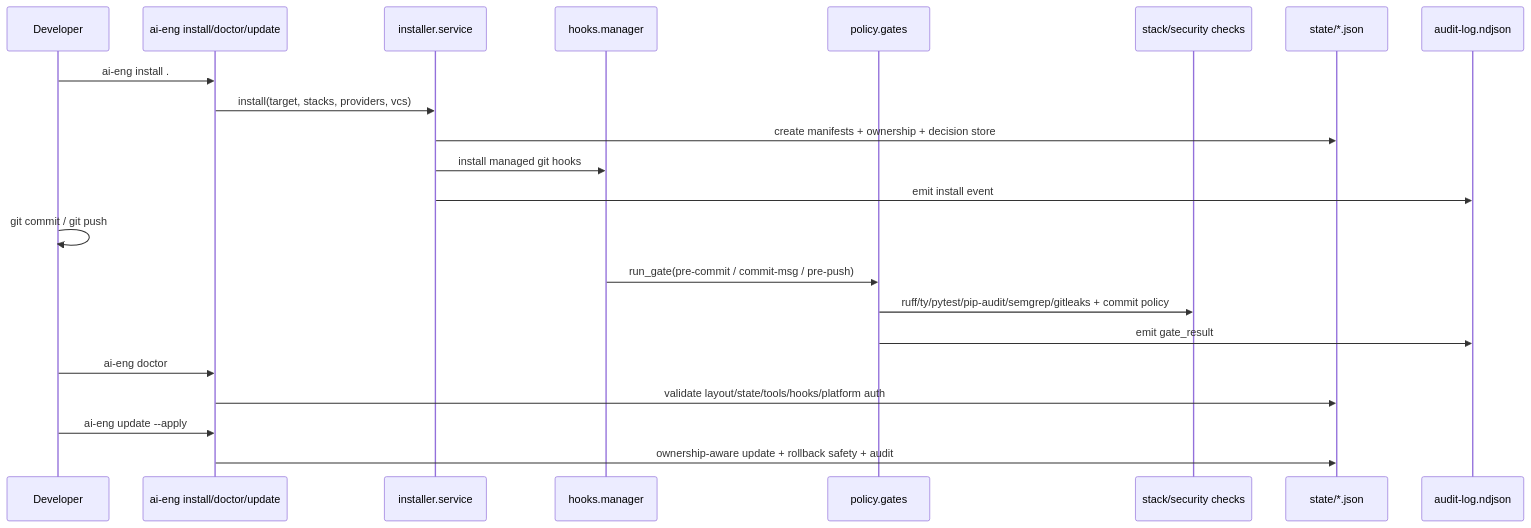
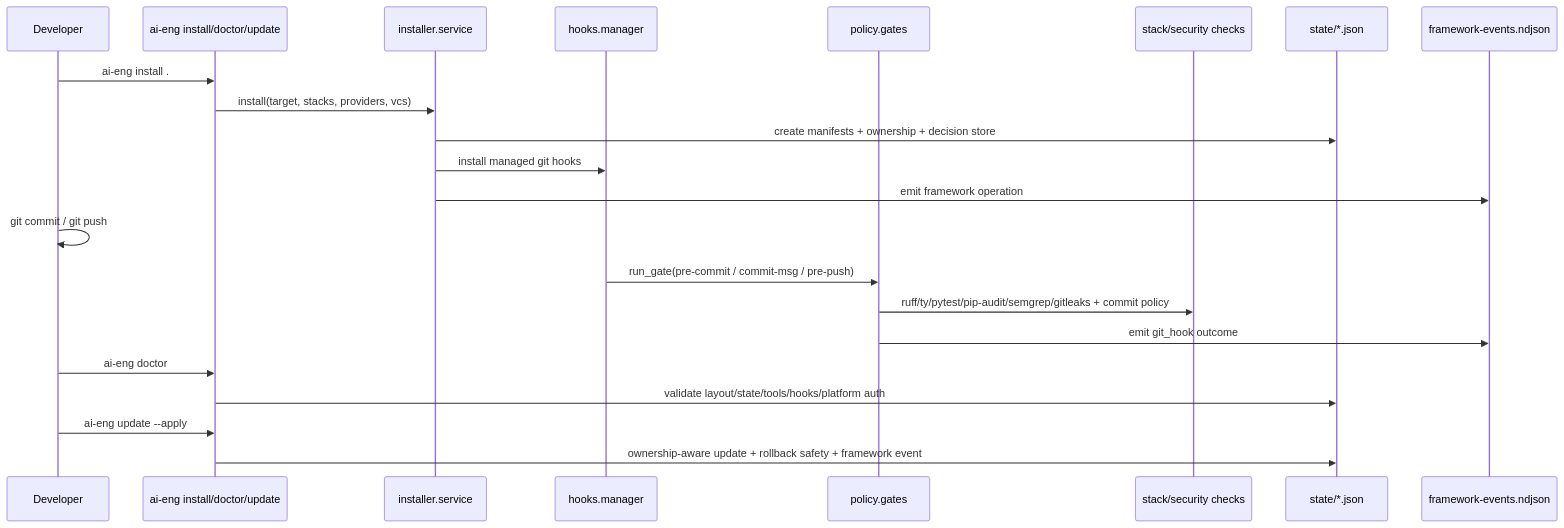
The third of 6 diagrams in docs/ai-engineering-auditoria-diagramas.md (arcasilesgroup/ai-engineering), drawn with Mermaid before and after one commit. The commit also changed other lines of this file and 679 other files, not shown here.

````diff
--- a/docs/ai-engineering-auditoria-diagramas.md
+++ b/docs/ai-engineering-auditoria-diagramas.md
@@ -98,28 +101,28 @@
 ```mermaid
 sequenceDiagram
     participant Dev as Developer
     participant CLI as ai-eng install/doctor/update
     participant Inst as installer.service
     participant Hooks as hooks.manager
     participant Gate as policy.gates
     participant Checks as stack/security checks
     participant State as state/*.json
-    participant Audit as audit-log.ndjson
+    participant Audit as framework-events.ndjson
 
     Dev->>CLI: ai-eng install .
     CLI->>Inst: install(target, stacks, providers, vcs)
     Inst->>State: create manifests + ownership + decision store
     Inst->>Hooks: install managed git hooks
-    Inst->>Audit: emit install event
+    Inst->>Audit: emit framework operation
 
     Dev->>Dev: git commit / git push
     Hooks->>Gate: run_gate(pre-commit / commit-msg / pre-push)
     Gate->>Checks: ruff/ty/pytest/pip-audit/semgrep/gitleaks + commit policy
-    Gate->>Audit: emit gate_result
+    Gate->>Audit: emit git_hook outcome
 
     Dev->>CLI: ai-eng doctor
     CLI->>State: validate layout/state/tools/hooks/platform auth
 
     Dev->>CLI: ai-eng update --apply
-    CLI->>State: ownership-aware update + rollback safety + audit
+    CLI->>State: ownership-aware update + rollback safety + framework event
 ```
````
